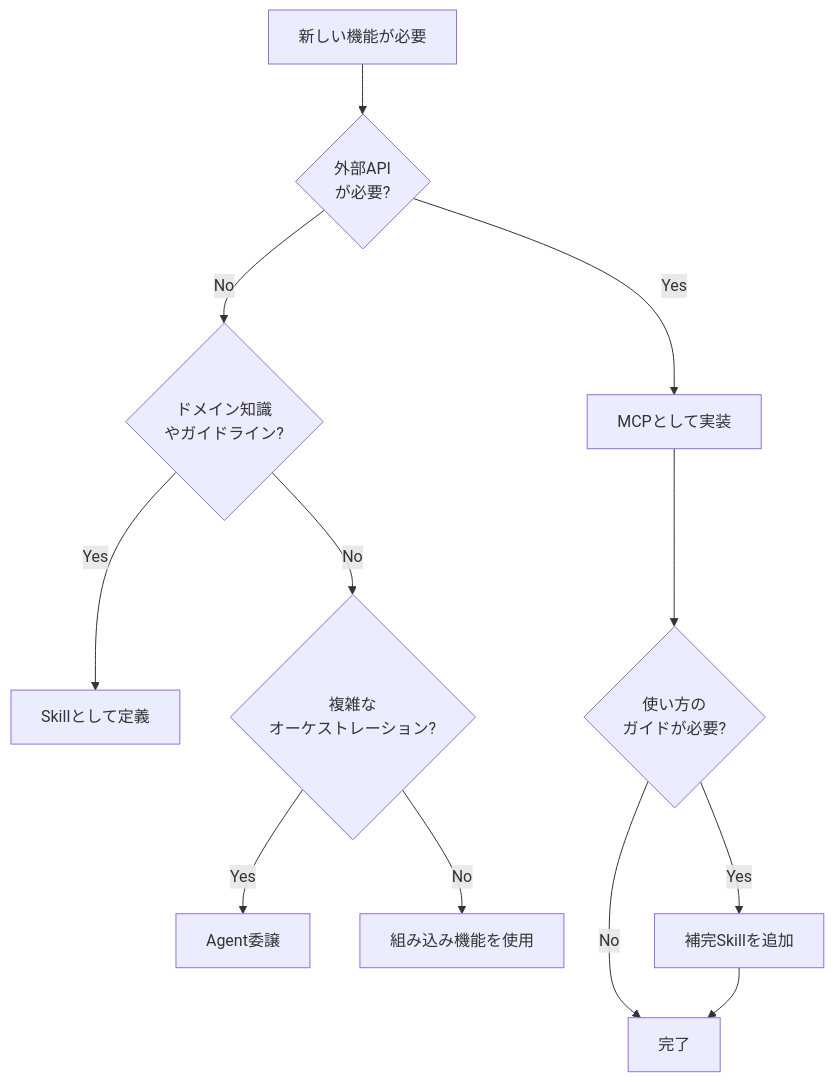
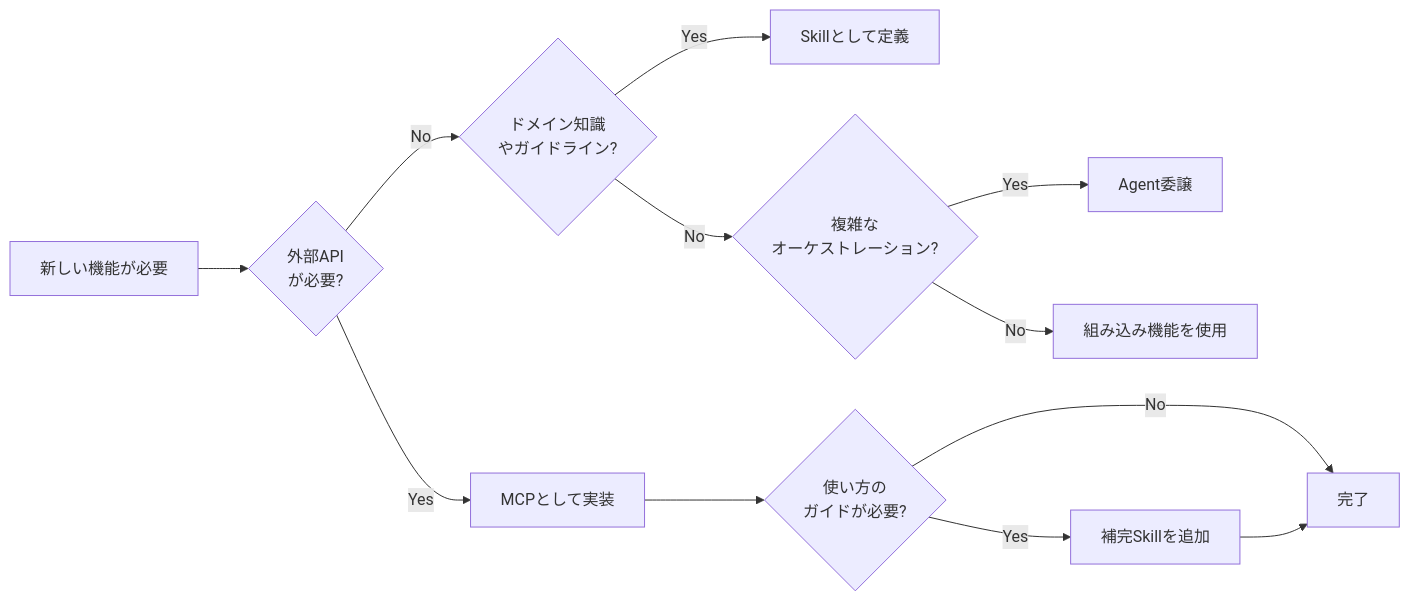
Before and after one commit to shuji-bonji/ai-agent-architecture: the diagram in README.ja.md, drawn with Mermaid. The commit also changed other lines of this file and 15 other files, not shown here.

````diff
--- a/README.ja.md
+++ b/README.ja.md
@@ -60,15 +61,15 @@
 ```mermaid
-flowchart TD
+flowchart LR
     START[新しい機能が必要] --> Q1{外部API<br/>が必要?}
     Q1 -->|Yes| MCP[MCPとして実装]
     Q1 -->|No| Q2{ドメイン知識<br/>やガイドライン?}
     Q2 -->|Yes| SKILL[Skillとして定義]
     Q2 -->|No| Q3{複雑な<br/>オーケストレーション?}
     Q3 -->|Yes| AGENT[Agent委譲]
     Q3 -->|No| BUILTIN[組み込み機能を使用]
 
     MCP --> COMBINE{使い方の<br/>ガイドが必要?}
     COMBINE -->|Yes| SKILL_PLUS[補完Skillを追加]
     COMBINE -->|No| DONE[完了]
     SKILL_PLUS --> DONE
 ```
````
